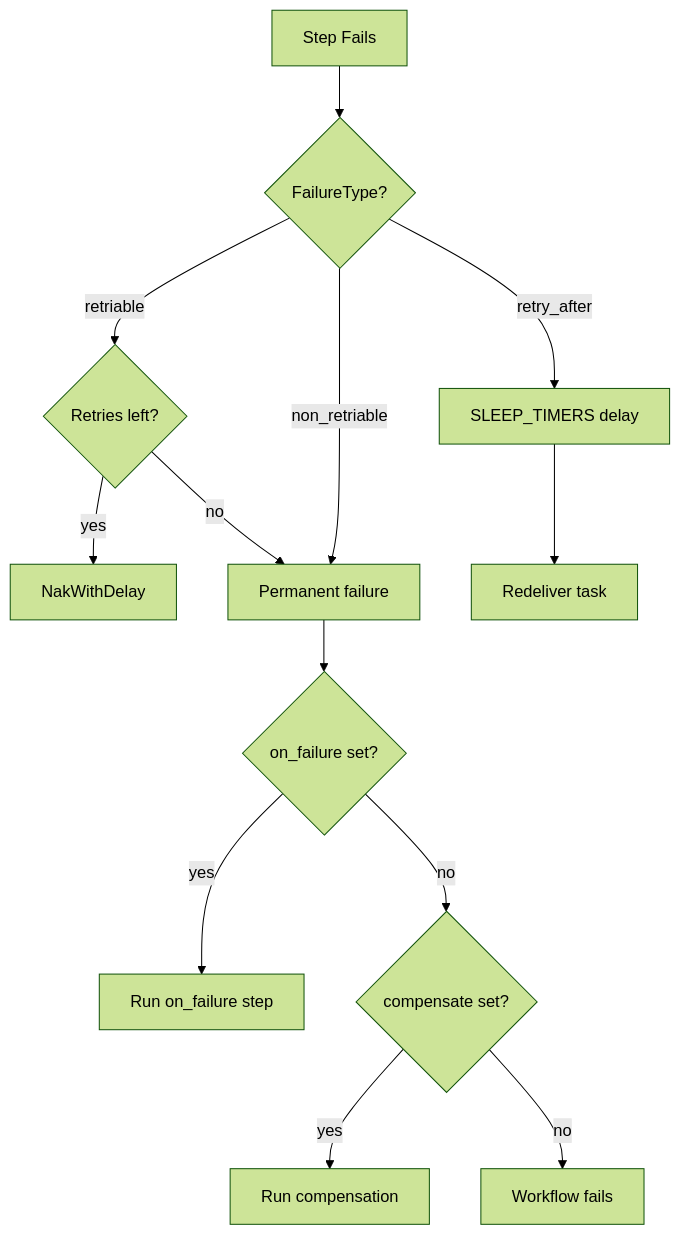
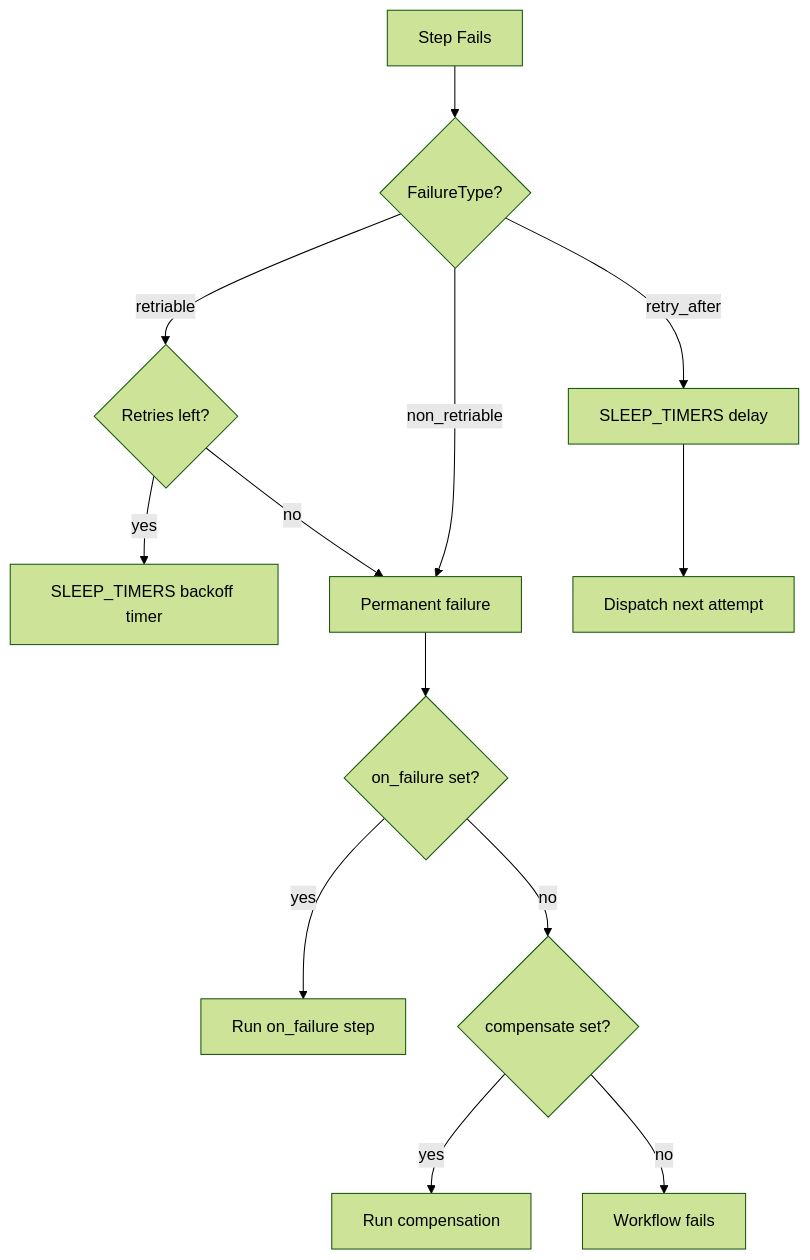
One commit to danmestas/dagnats changed the diagram in docs/site/content/docs/reliability/error-handling.md. Above: the diagram before and after it, drawn with Mermaid (forest theme). The commit also changed other lines of this file and 32 other files, not shown here.

````diff
--- a/docs/site/content/docs/reliability/error-handling.md
+++ b/docs/site/content/docs/reliability/error-handling.md
@@ -55,15 +54,15 @@
 ```mermaid
 flowchart TD
     F[Step Fails] --> T{FailureType?}
     T -->|retriable| R{Retries left?}
-    R -->|yes| RETRY[NakWithDelay]
+    R -->|yes| RETRY[SLEEP_TIMERS backoff timer]
     R -->|no| PERM[Permanent failure]
     T -->|non_retriable| PERM
     T -->|retry_after| TIMER[SLEEP_TIMERS delay]
-    TIMER --> RETRY2[Redeliver task]
+    TIMER --> RETRY2[Dispatch next attempt]
     PERM --> OF{on_failure set?}
     OF -->|yes| HANDLER[Run on_failure step]
     OF -->|no| COMP{compensate set?}
     COMP -->|yes| SAGA[Run compensation]
     COMP -->|no| FAIL[Workflow fails]
 ```
````
